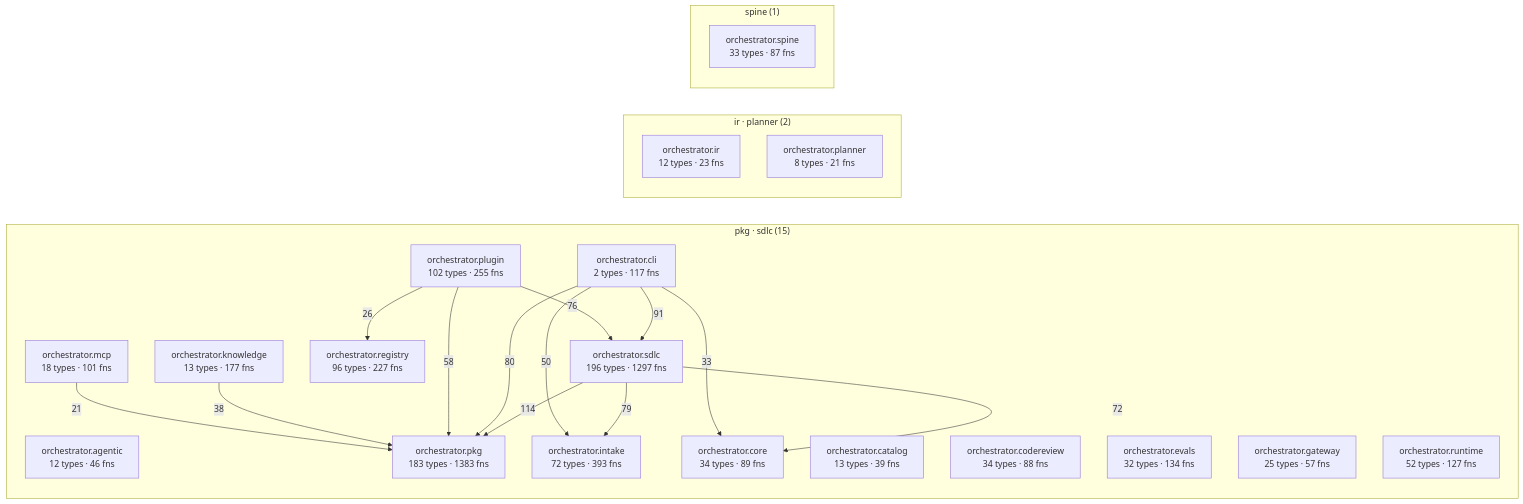
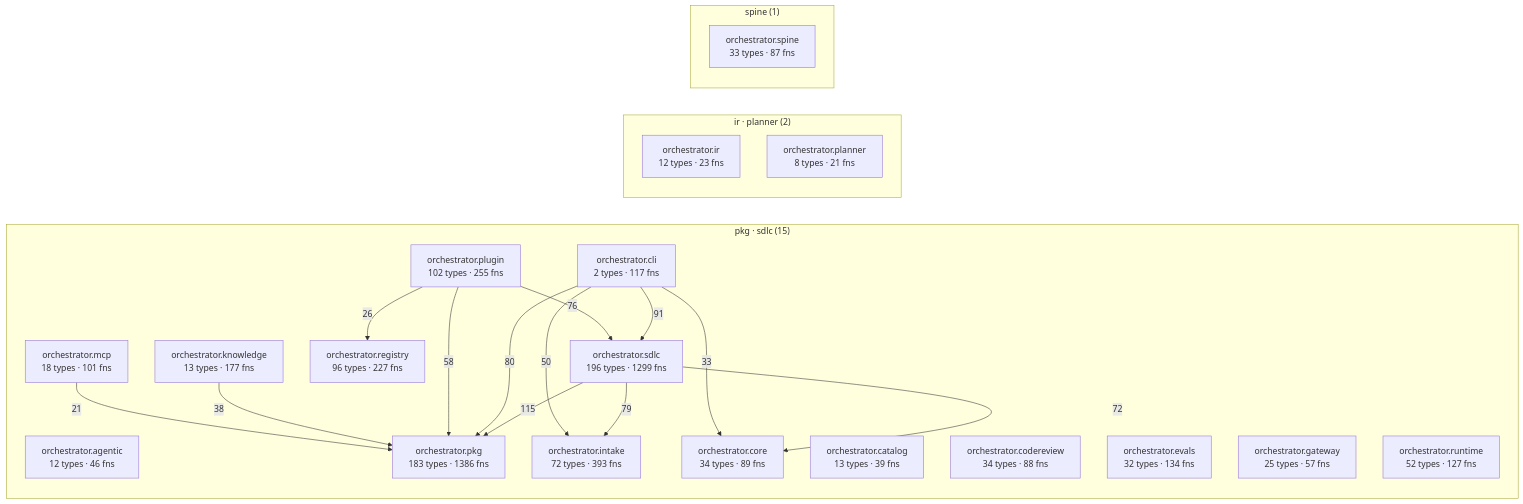
One commit to synaptixs/spine changed the diagram in episteme/architecture.md. Above: the diagram before and after it, drawn with Mermaid. The commit also changed other lines of this file and 41 other files, not shown here.

````diff
--- a/episteme/architecture.md
+++ b/episteme/architecture.md
@@ -56,39 +56,39 @@
 ```mermaid
 flowchart LR
   subgraph c_2["pkg · sdlc (15)"]
     aorchestratoragentic["orchestrator.agentic<br/>12 types · 46 fns"]
     aorchestratorcatalog["orchestrator.catalog<br/>13 types · 39 fns"]
     aorchestratorcli["orchestrator.cli<br/>2 types · 117 fns"]
     aorchestratorcodereview["orchestrator.codereview<br/>34 types · 88 fns"]
     aorchestratorcore["orchestrator.core<br/>34 types · 89 fns"]
     aorchestratorevals["orchestrator.evals<br/>32 types · 134 fns"]
     aorchestratorgateway["orchestrator.gateway<br/>25 types · 57 fns"]
     aorchestratorintake["orchestrator.intake<br/>72 types · 393 fns"]
     aorchestratorknowledge["orchestrator.knowledge<br/>13 types · 177 fns"]
     aorchestratormcp["orchestrator.mcp<br/>18 types · 101 fns"]
-    aorchestratorpkg["orchestrator.pkg<br/>183 types · 1383 fns"]
+    aorchestratorpkg["orchestrator.pkg<br/>183 types · 1386 fns"]
     aorchestratorplugin["orchestrator.plugin<br/>102 types · 255 fns"]
     aorchestratorregistry["orchestrator.registry<br/>96 types · 227 fns"]
     aorchestratorruntime["orchestrator.runtime<br/>52 types · 127 fns"]
-    aorchestratorsdlc["orchestrator.sdlc<br/>196 types · 1297 fns"]
+    aorchestratorsdlc["orchestrator.sdlc<br/>196 types · 1299 fns"]
   end
   subgraph c_6["ir · planner (2)"]
     aorchestratorir["orchestrator.ir<br/>12 types · 23 fns"]
     aorchestratorplanner["orchestrator.planner<br/>8 types · 21 fns"]
   end
   subgraph c_12["spine (1)"]
     aorchestratorspine["orchestrator.spine<br/>33 types · 87 fns"]
   end
-  aorchestratorsdlc -->|114| aorchestratorpkg
+  aorchestratorsdlc -->|115| aorchestratorpkg
   aorchestratorcli -->|91| aorchestratorsdlc
   aorchestratorcli -->|80| aorchestratorpkg
   aorchestratorsdlc -->|79| aorchestratorintake
   aorchestratorplugin -->|76| aorchestratorsdlc
   aorchestratorsdlc -->|72| aorchestratorcore
   aorchestratorplugin -->|58| aorchestratorpkg
   aorchestratorcli -->|50| aorchestratorintake
   aorchestratorknowledge -->|38| aorchestratorpkg
   aorchestratorcli -->|33| aorchestratorcore
   aorchestratorplugin -->|26| aorchestratorregistry
   aorchestratormcp -->|21| aorchestratorpkg
 ```
````
